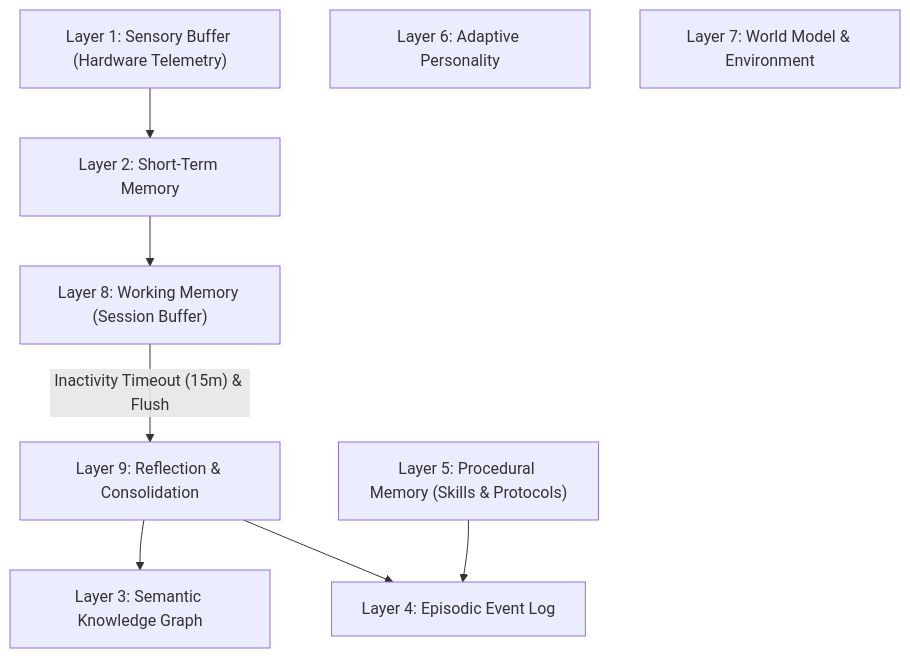
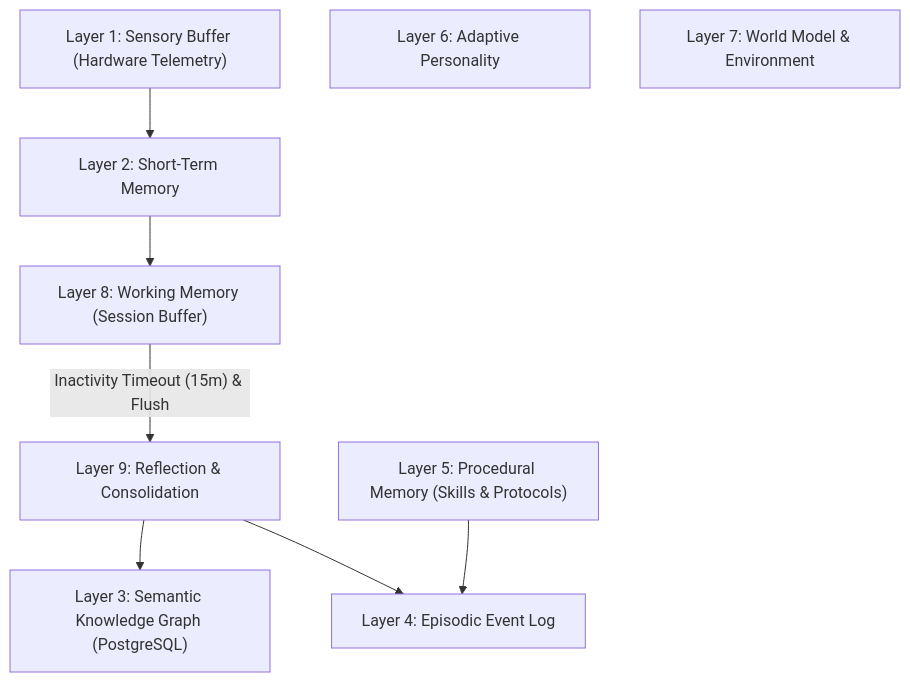
The diagram in README.md (Yahia-Elhamzawy/EyraOS), drawn with Mermaid before and after one commit. The commit also changed other lines of this file, not shown here.

Commit message:
docs(readme): update specifications for TypeScript, PostgreSQL/pgvector, Ingestion Engine, and Jest tests

````diff
--- a/README.md
+++ b/README.md
@@ -52,11 +65,11 @@
 ```mermaid
 graph TD
     L1["Layer 1: Sensory Buffer (Hardware Telemetry)"] --> L2["Layer 2: Short-Term Memory"]
     L2 --> L8["Layer 8: Working Memory (Session Buffer)"]
     L8 -->|"Inactivity Timeout (15m) & Flush"| L9["Layer 9: Reflection & Consolidation"]
-    L9 --> L3["Layer 3: Semantic Knowledge Graph"]
+    L9 --> L3["Layer 3: Semantic Knowledge Graph (PostgreSQL)"]
     L9 --> L4["Layer 4: Episodic Event Log"]
     L5["Layer 5: Procedural Memory (Skills & Protocols)"] --> L4
     L6["Layer 6: Adaptive Personality"]
     L7["Layer 7: World Model & Environment"]
 ```
````
